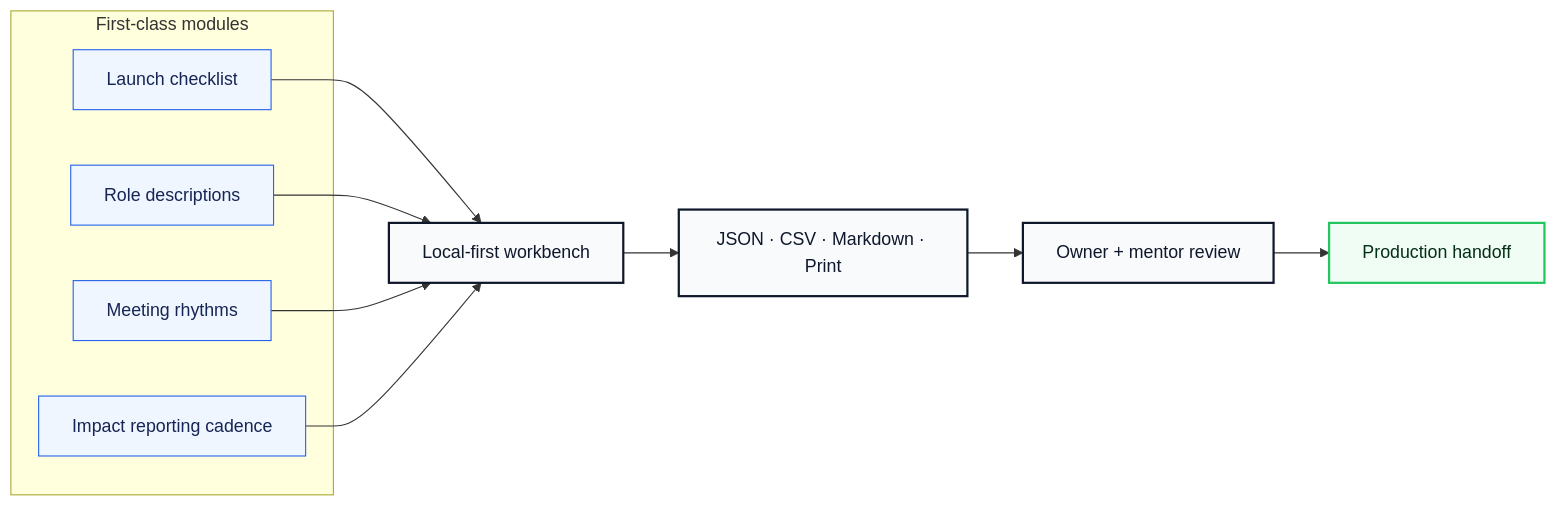
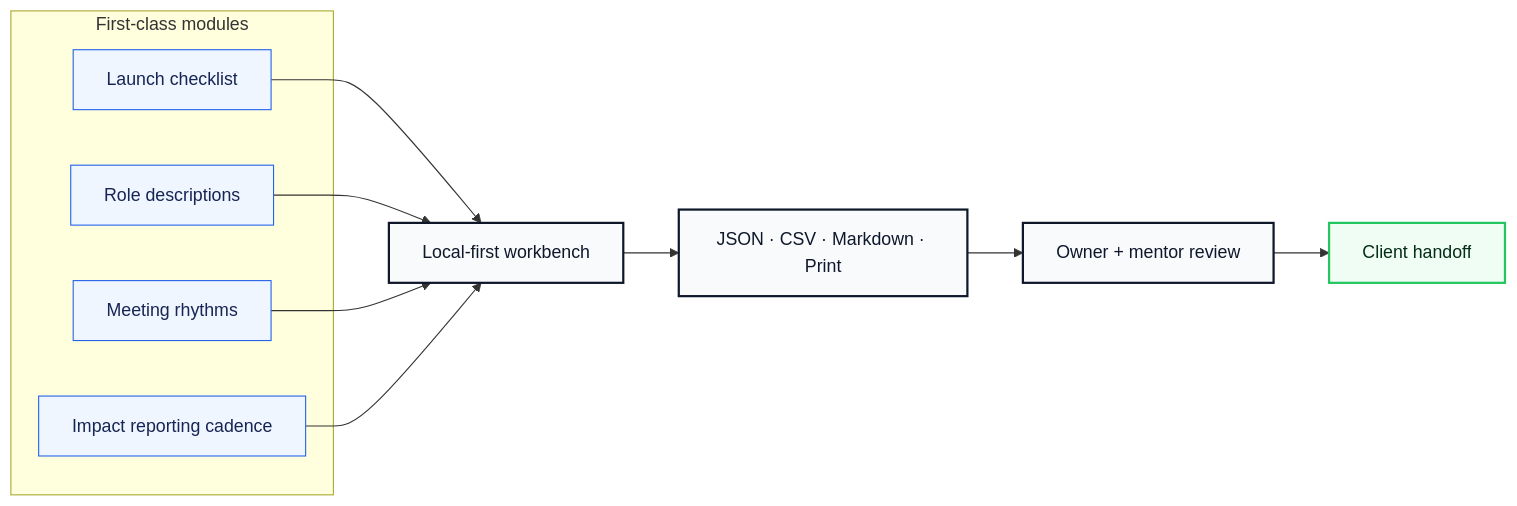
The second of 3 diagrams in README.md (volta-npo/chapter-os), drawn with Mermaid before and after one commit. The commit also changed other lines of this file and 28 other files, not shown here.

````diff
--- a/README.md
+++ b/README.md
@@ -64,23 +64,23 @@
 ```mermaid
 flowchart LR
     subgraph Modules["First-class modules"]
         M1["Launch checklist"]
         M2["Role descriptions"]
         M3["Meeting rhythms"]
         M4["Impact reporting cadence"]
     end
     M1 --> Workbench
     M2 --> Workbench
     M3 --> Workbench
     M4 --> Workbench
     Workbench["Local-first workbench"] --> Exports["JSON · CSV · Markdown · Print"]
     Exports --> Review["Owner + mentor review"]
-    Review --> Launch["Production handoff"]
+    Review --> Launch["Client handoff"]
 
     classDef module fill:#eff6ff,stroke:#2563eb,color:#172554;
     classDef app fill:#f8fafc,stroke:#0f172a,color:#0f172a,stroke-width:2px;
     classDef launch fill:#f0fdf4,stroke:#22c55e,color:#052e16,stroke-width:2px;
     class M1,M2,M3,M4 module;
     class Workbench,Exports,Review app;
     class Launch launch;
 ```
````
